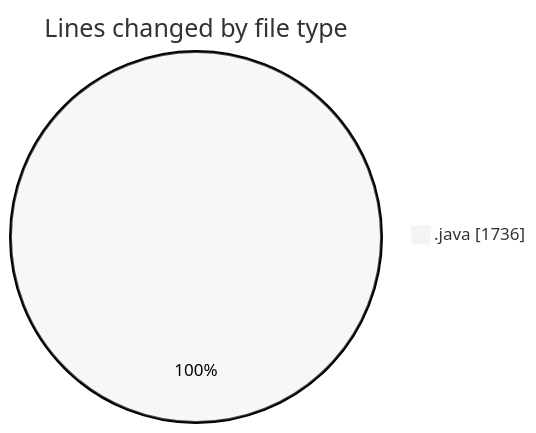
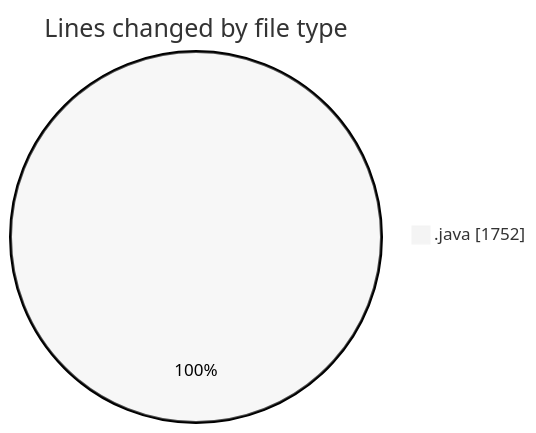
One commit to ricardozamudiocil/code-tracking changed the first of 2 diagrams in 2026-09-08/cilapp/README.md. Above: the diagram before and after it, drawn with Mermaid (neutral theme). The commit also changed other lines of this file and 1 other file, not shown here.

````diff
--- a/2026-09-08/cilapp/README.md
+++ b/2026-09-08/cilapp/README.md
@@ -21,5 +21,5 @@
 ```mermaid
 pie showData
 title Lines changed by file type
-".java" : 1736
+".java" : 1752
 ```
````
